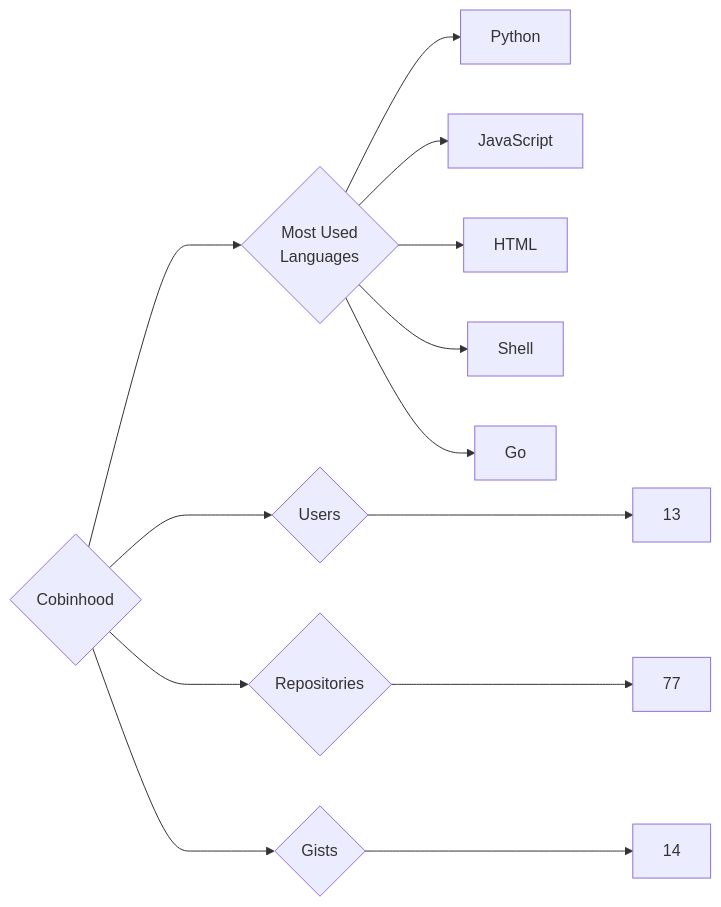
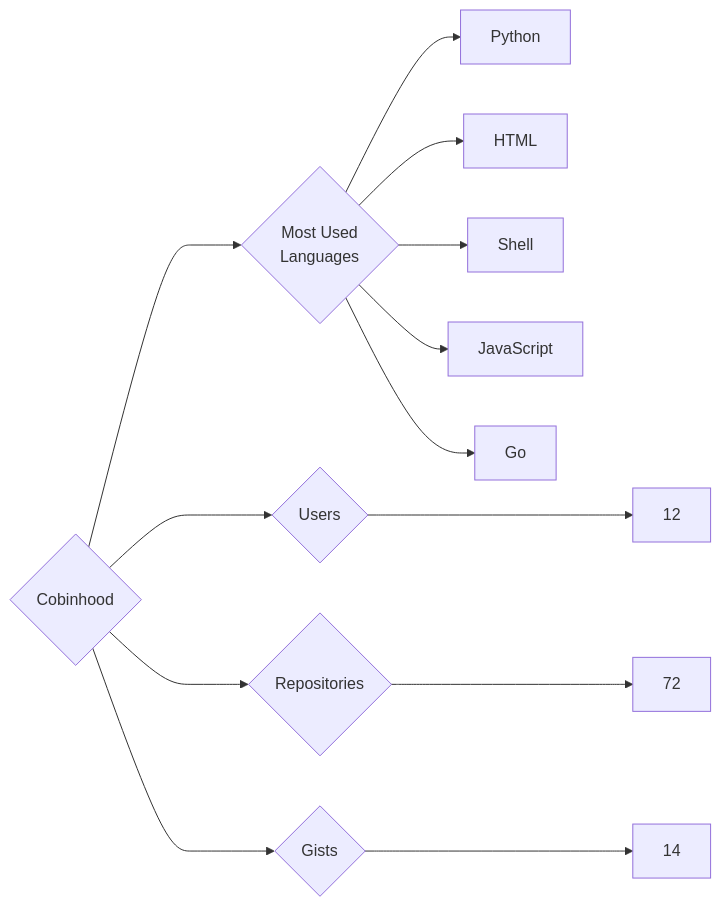
One commit to trickest/insiders changed the diagram in targets/Cobinhood/README.md. Above: the diagram before and after it, drawn with Mermaid. The commit also changed 1020 other files, not shown here.

````diff
--- a/targets/Cobinhood/README.md
+++ b/targets/Cobinhood/README.md
@@ -3,13 +3,13 @@
 ```mermaid
 graph LR
 COMPANY_NAME{Cobinhood}
-COMPANY_NAME ---> U{Users} ---> UN[13]
-COMPANY_NAME ---> R{Repositories} ---> RN[77]
+COMPANY_NAME ---> U{Users} ---> UN[12]
+COMPANY_NAME ---> R{Repositories} ---> RN[72]
 COMPANY_NAME ---> G{Gists} ---> GN[14]
 COMPANY_NAME ---> ML{Most Used<br>Languages}
 ML --> Python[Python]
-ML --> JavaScript[JavaScript]
 ML --> HTML[HTML]
 ML --> Shell[Shell]
+ML --> JavaScript[JavaScript]
 ML --> Go[Go]
 ```
````
